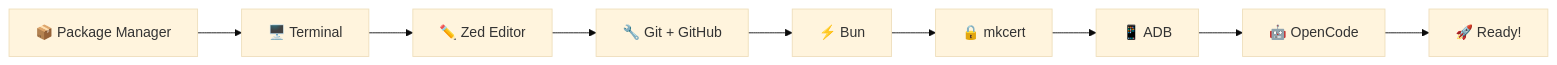
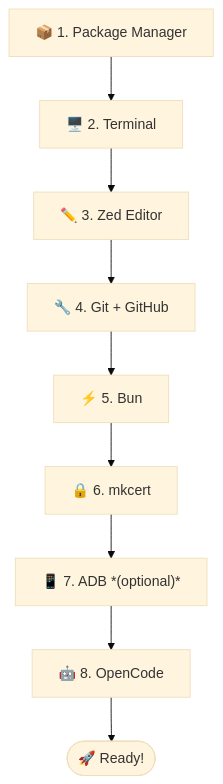
The diagram in tutorials/README.md (nasti-cpu/neural-flight-v2), drawn with Mermaid (base theme) before and after one commit. The commit also changed 5 other files, not shown here.

Commit message:
style: 💄 switch Mermaid diagrams from LR to TD

````diff
--- a/tutorials/README.md
+++ b/tutorials/README.md
@@ -13,11 +13,11 @@
 ```mermaid
-flowchart LR
-    A[📦 Package Manager] --> B[🖥️ Terminal]
-    B --> C[✏️ Zed Editor]
-    C --> D[🔧 Git + GitHub]
-    D --> E[⚡ Bun]
-    E --> F[🔒 mkcert]
-    F --> G[📱 ADB]
-    G --> H[🤖 OpenCode]
-    H --> I[🚀 Ready!]
+flowchart TD
+    A["📦 1. Package Manager"] --> B["🖥️ 2. Terminal"]
+    B --> C["✏️ 3. Zed Editor"]
+    C --> D["🔧 4. Git + GitHub"]
+    D --> E["⚡ 5. Bun"]
+    E --> F["🔒 6. mkcert"]
+    F --> G["📱 7. ADB *(optional)*"]
+    G --> H["🤖 8. OpenCode"]
+    H --> I(["🚀 Ready!"])
 ```
````
